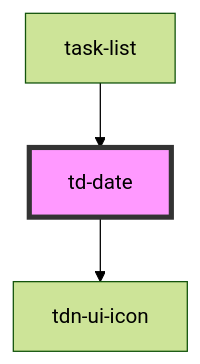
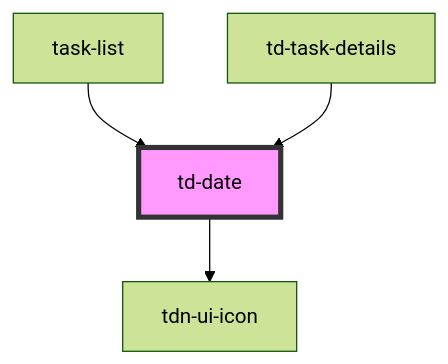
Before and after one commit to ajarana/to-done: the diagram in libs/ui/src/components/td-date/readme.md, drawn with Mermaid (forest theme). The commit also changed other lines of this file and 63 other files, not shown here.

Commit message:
Task details page; edit task page; mark complete; styling updates

````diff
--- a/libs/ui/src/components/td-date/readme.md
+++ b/libs/ui/src/components/td-date/readme.md
@@ -26,6 +27,7 @@
 ```mermaid
 graph TD;
   td-date --> tdn-ui-icon
   task-list --> td-date
+  td-task-details --> td-date
   style td-date fill:#f9f,stroke:#333,stroke-width:4px
 ```
````
